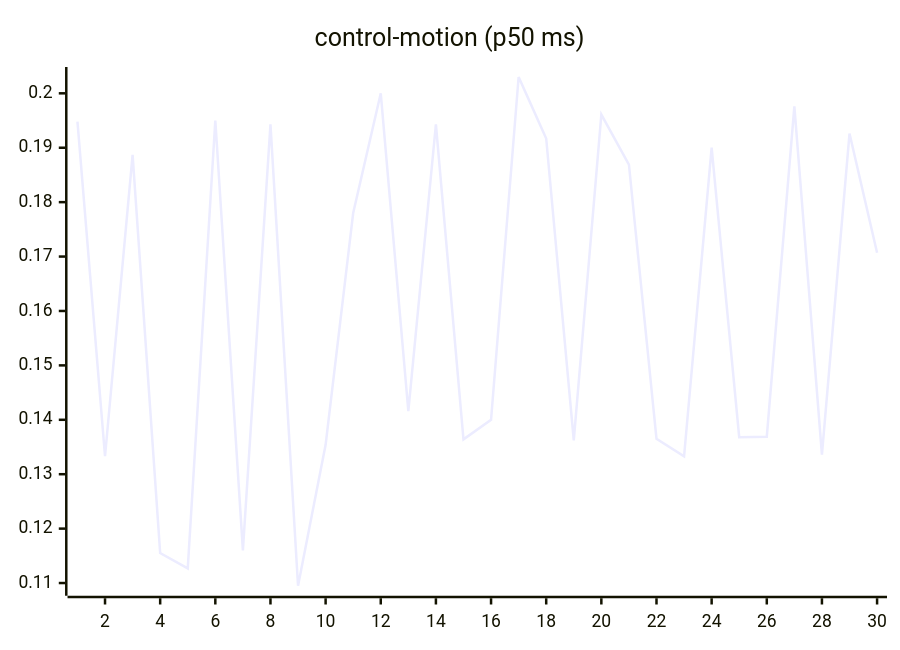
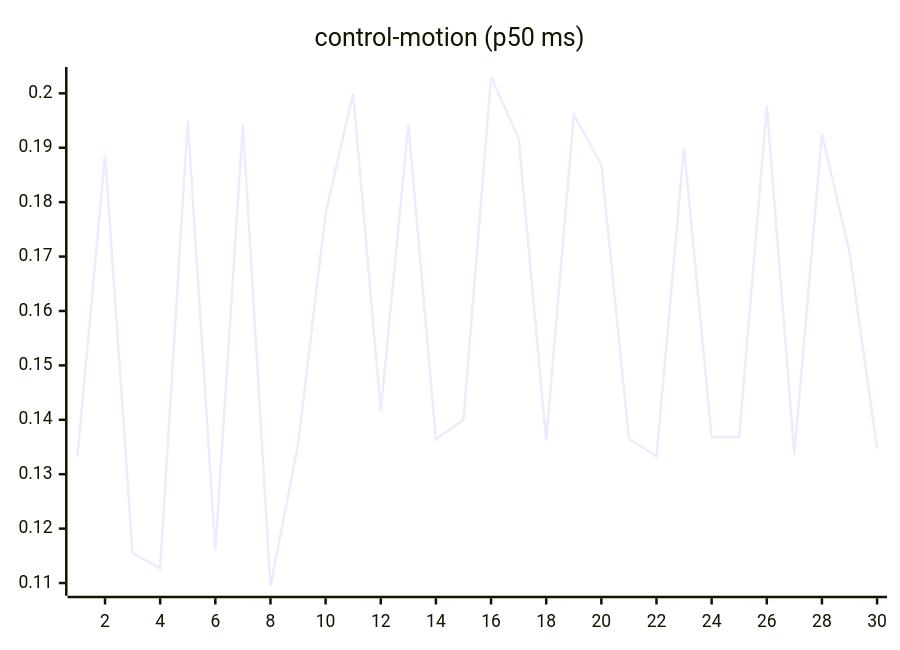
One commit to josha/Facet changed the seventh of 27 diagrams in README.md. Above: the diagram before and after it, drawn with Mermaid. The commit also changed other lines of this file and 2 other files, not shown here.

````diff
--- a/README.md
+++ b/README.md
@@ -105,6 +105,6 @@
 ```mermaid
 xychart-beta
     title "control-motion (p50 ms)"
     x-axis 1 --> 30
-    line [0.1948, 0.1333, 0.1887, 0.1155, 0.1127, 0.1950, 0.1160, 0.1943, 0.1095, 0.1354, 0.1780, 0.2000, 0.1416, 0.1943, 0.1364, 0.1400, 0.2030, 0.1917, 0.1362, 0.1961, 0.1869, 0.1365, 0.1333, 0.1900, 0.1368, 0.1369, 0.1976, 0.1336, 0.1926, 0.1707]
+    line [0.1333, 0.1887, 0.1155, 0.1127, 0.1950, 0.1160, 0.1943, 0.1095, 0.1354, 0.1780, 0.2000, 0.1416, 0.1943, 0.1364, 0.1400, 0.2030, 0.1917, 0.1362, 0.1961, 0.1869, 0.1365, 0.1333, 0.1900, 0.1368, 0.1369, 0.1976, 0.1336, 0.1926, 0.1707, 0.1347]
 ```
````
